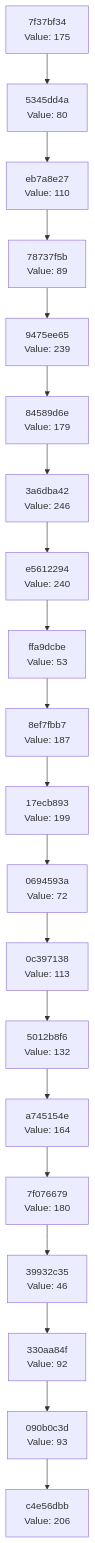
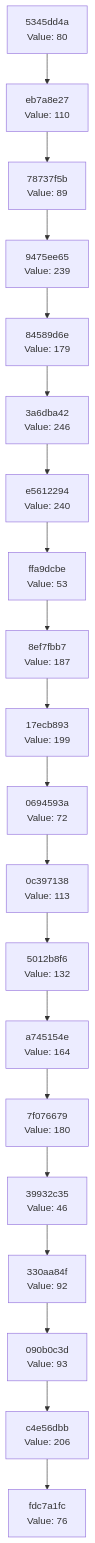
One commit to Abhisheksinha1506/hash-chain-evolver changed the diagram in docs/CHAIN_VISUALIZATION.md. Above: the diagram before and after it, drawn with Mermaid. The commit also changed 2 other files, not shown here.

Commit message:
Evolution Step

````diff
--- a/docs/CHAIN_VISUALIZATION.md
+++ b/docs/CHAIN_VISUALIZATION.md
@@ -3,42 +3,42 @@
 ```mermaid
 graph TD
-    C0["c4e56dbb<br/>Value: 206"]
-    C1["090b0c3d<br/>Value: 93"]
+    C0["fdc7a1fc<br/>Value: 76"]
+    C1["c4e56dbb<br/>Value: 206"]
     C1 --> C0
-    C2["330aa84f<br/>Value: 92"]
+    C2["090b0c3d<br/>Value: 93"]
     C2 --> C1
-    C3["39932c35<br/>Value: 46"]
+    C3["330aa84f<br/>Value: 92"]
     C3 --> C2
-    C4["7f076679<br/>Value: 180"]
+    C4["39932c35<br/>Value: 46"]
     C4 --> C3
-    C5["a745154e<br/>Value: 164"]
+    C5["7f076679<br/>Value: 180"]
     C5 --> C4
-    C6["5012b8f6<br/>Value: 132"]
+    C6["a745154e<br/>Value: 164"]
     C6 --> C5
-    C7["0c397138<br/>Value: 113"]
+    C7["5012b8f6<br/>Value: 132"]
     C7 --> C6
-    C8["0694593a<br/>Value: 72"]
+    C8["0c397138<br/>Value: 113"]
     C8 --> C7
-    C9["17ecb893<br/>Value: 199"]
+    C9["0694593a<br/>Value: 72"]
     C9 --> C8
-    C10["8ef7fbb7<br/>Value: 187"]
+    C10["17ecb893<br/>Value: 199"]
     C10 --> C9
-    C11["ffa9dcbe<br/>Value: 53"]
+    C11["8ef7fbb7<br/>Value: 187"]
     C11 --> C10
-    C12["e5612294<br/>Value: 240"]
+    C12["ffa9dcbe<br/>Value: 53"]
     C12 --> C11
-    C13["3a6dba42<br/>Value: 246"]
+    C13["e5612294<br/>Value: 240"]
     C13 --> C12
-    C14["84589d6e<br/>Value: 179"]
+    C14["3a6dba42<br/>Value: 246"]
     C14 --> C13
-    C15["9475ee65<br/>Value: 239"]
+    C15["84589d6e<br/>Value: 179"]
     C15 --> C14
-    C16["78737f5b<br/>Value: 89"]
+    C16["9475ee65<br/>Value: 239"]
     C16 --> C15
-    C17["eb7a8e27<br/>Value: 110"]
+    C17["78737f5b<br/>Value: 89"]
     C17 --> C16
-    C18["5345dd4a<br/>Value: 80"]
+    C18["eb7a8e27<br/>Value: 110"]
     C18 --> C17
-    C19["7f37bf34<br/>Value: 175"]
+    C19["5345dd4a<br/>Value: 80"]
     C19 --> C18
 ```
````
